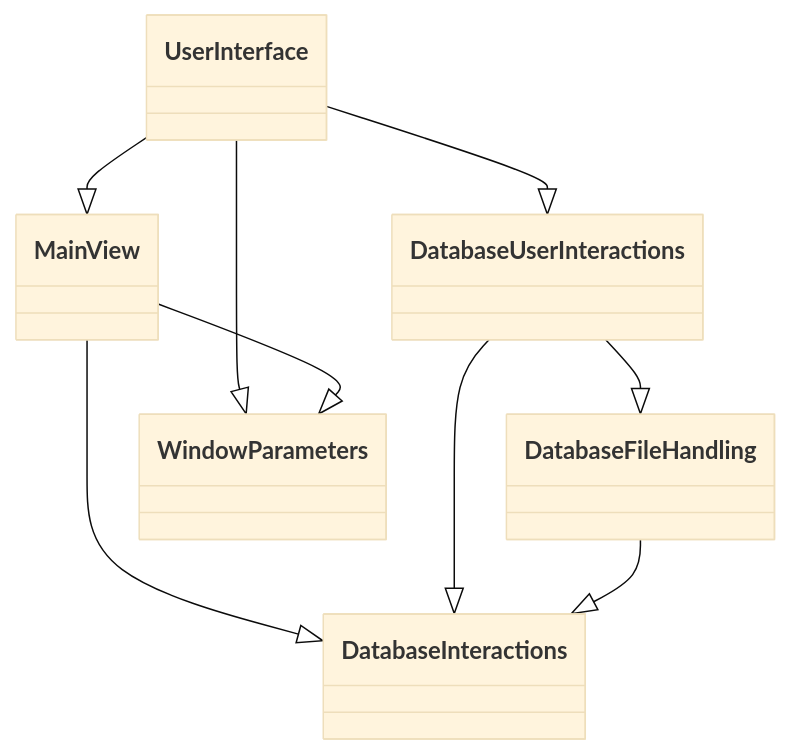
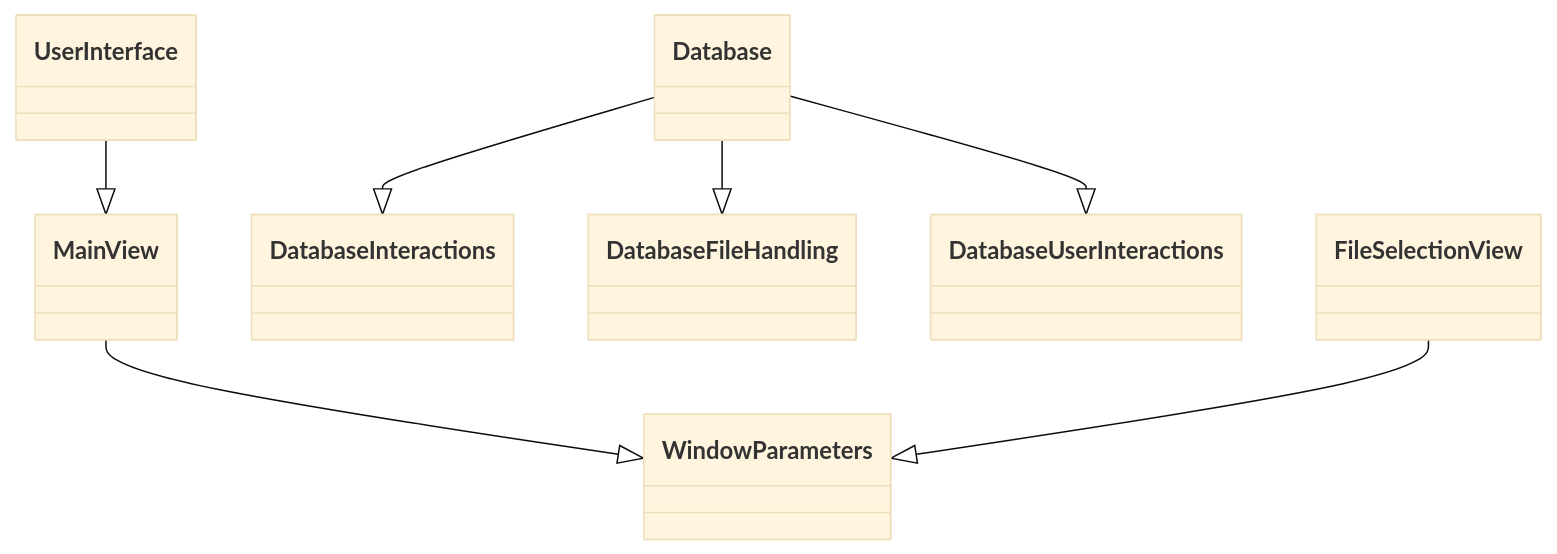
One commit to platipus82/ot-harjoitustyo changed the diagram in dokumentaatio/luokkakaavio_nodetail.MD. Above: the diagram before and after it, drawn with Mermaid (base theme).

````diff
--- a/dokumentaatio/luokkakaavio_nodetail.MD
+++ b/dokumentaatio/luokkakaavio_nodetail.MD
@@ -1,18 +1,18 @@
 ```mermaid
 classDiagram
     class UserInterface
     class MainView
-    class DatabaseUserInteractions
     class DatabaseInteractions
     class DatabaseFileHandling
+    class DatabaseUserInteractions
     class WindowParameters
+    class FileSelectionView
+    class Database
 
     UserInterface --|> MainView
-    UserInterface --|> DatabaseUserInteractions
-    MainView --|> DatabaseInteractions
-    DatabaseUserInteractions --|> DatabaseInteractions
-    DatabaseFileHandling --|> DatabaseInteractions
-    DatabaseUserInteractions --|> DatabaseFileHandling
-    UserInterface --|> WindowParameters
     MainView --|> WindowParameters
+    FileSelectionView --|> WindowParameters
+    Database --|> DatabaseInteractions
+    Database --|> DatabaseFileHandling
+    Database --|> DatabaseUserInteractions
 ```
````
